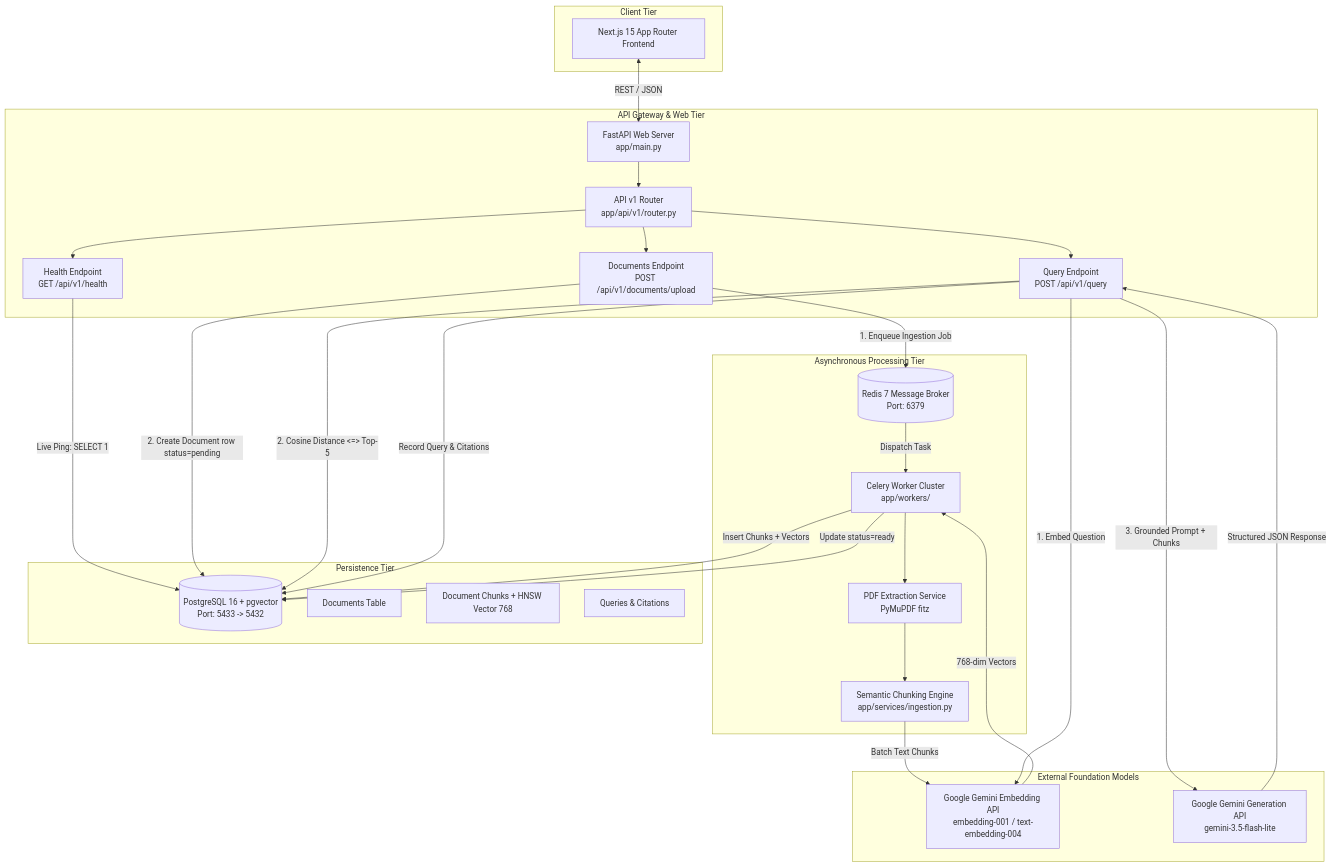
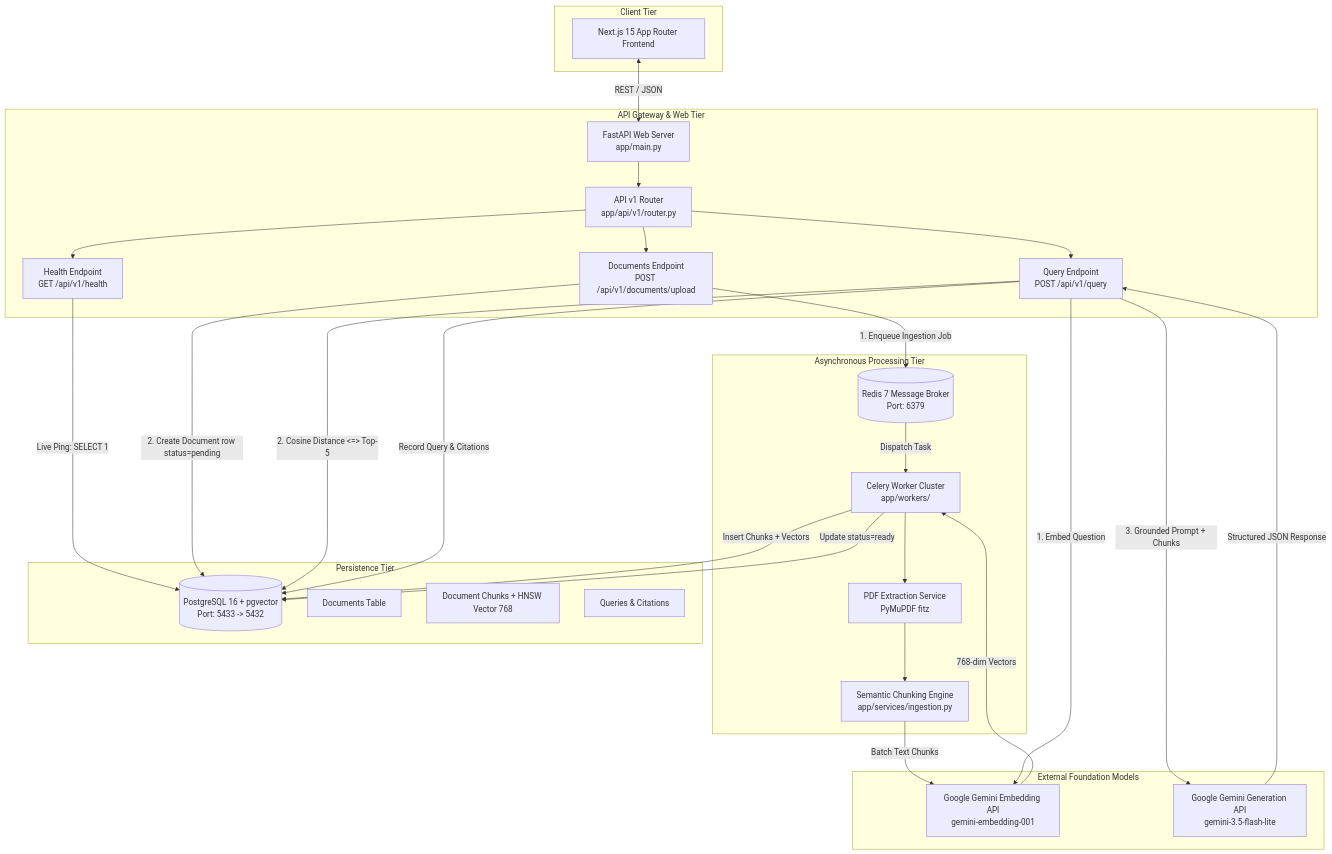
Before and after one commit to ConsoleCzar-2/Scanity: the diagram in docs/ARCHITECTURE.md, drawn with Mermaid. The commit also changed other lines of this file and 14 other files, not shown here.

Commit message:
Established backend ingestion framework with schemas, service definitions, and updated documentation

````diff
--- a/docs/ARCHITECTURE.md
+++ b/docs/ARCHITECTURE.md
@@ -9,57 +9,57 @@
 ```mermaid
 flowchart TB
     subgraph ClientLayer [Client Tier]
         FE[Next.js 15 App Router Frontend]
     end
 
     subgraph APILayer [API Gateway & Web Tier]
         FastAPI[FastAPI Web Server<br/>app/main.py]
         Router[API v1 Router<br/>app/api/v1/router.py]
         Health[Health Endpoint<br/>GET /api/v1/health]
         DocAPI[Documents Endpoint<br/>POST /api/v1/documents/upload]
         QueryAPI[Query Endpoint<br/>POST /api/v1/query]
     end
 
     subgraph ProcessingLayer [Asynchronous Processing Tier]
         Redis[(Redis 7 Message Broker<br/>Port: 6379)]
         CeleryWorker[Celery Worker Cluster<br/>app/workers/]
         PyMuPDF[PDF Extraction Service<br/>PyMuPDF fitz]
         Chunker[Semantic Chunking Engine<br/>app/services/ingestion.py]
     end
 
     subgraph StorageLayer [Persistence Tier]
         Postgres[(PostgreSQL 16 + pgvector<br/>Port: 5433 -> 5432)]
         DocTable[Documents Table]
         ChunkTable[Document Chunks + HNSW Vector 768]
         QueryTable[Queries & Citations]
     end
 
     subgraph ExternalServices [External Foundation Models]
-        GeminiEmbed[Google Gemini Embedding API<br/>embedding-001 / text-embedding-004]
+        GeminiEmbed[Google Gemini Embedding API<br/>gemini-embedding-001]
         GeminiLLM[Google Gemini Generation API<br/>gemini-3.5-flash-lite]
     end
 
     FE <-->|REST / JSON| FastAPI
     FastAPI --> Router
     Router --> Health
     Router --> DocAPI
     Router --> QueryAPI
 
     Health -->|Live Ping: SELECT 1| Postgres
     DocAPI -->|1. Enqueue Ingestion Job| Redis
     DocAPI -->|2. Create Document row status=pending| Postgres
 
     Redis -->|Dispatch Task| CeleryWorker
     CeleryWorker --> PyMuPDF
     PyMuPDF --> Chunker
     Chunker -->|Batch Text Chunks| GeminiEmbed
     GeminiEmbed -->|768-dim Vectors| CeleryWorker
     CeleryWorker -->|Insert Chunks + Vectors| Postgres
     CeleryWorker -->|Update status=ready| Postgres
 
     QueryAPI -->|1. Embed Question| GeminiEmbed
     QueryAPI -->|2. Cosine Distance <=> Top-5| Postgres
     QueryAPI -->|3. Grounded Prompt + Chunks| GeminiLLM
     GeminiLLM -->|Structured JSON Response| QueryAPI
     QueryAPI -->|Record Query & Citations| Postgres
 ```
````
